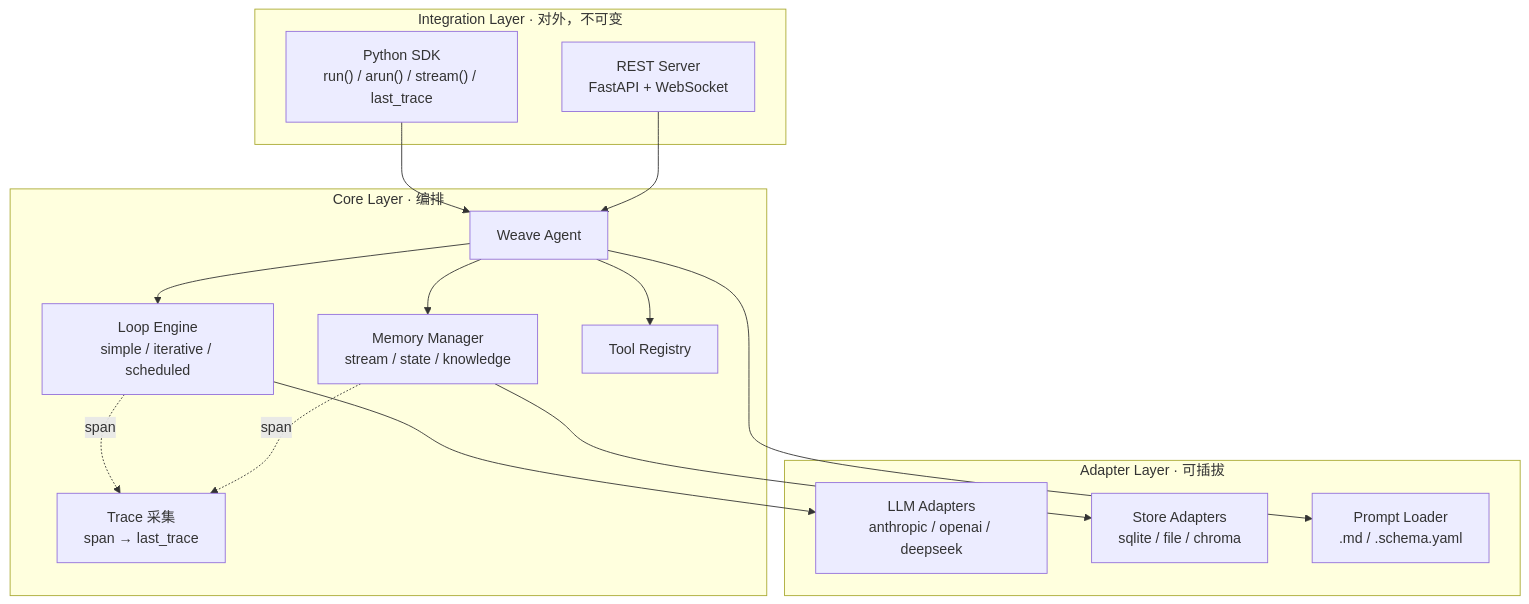
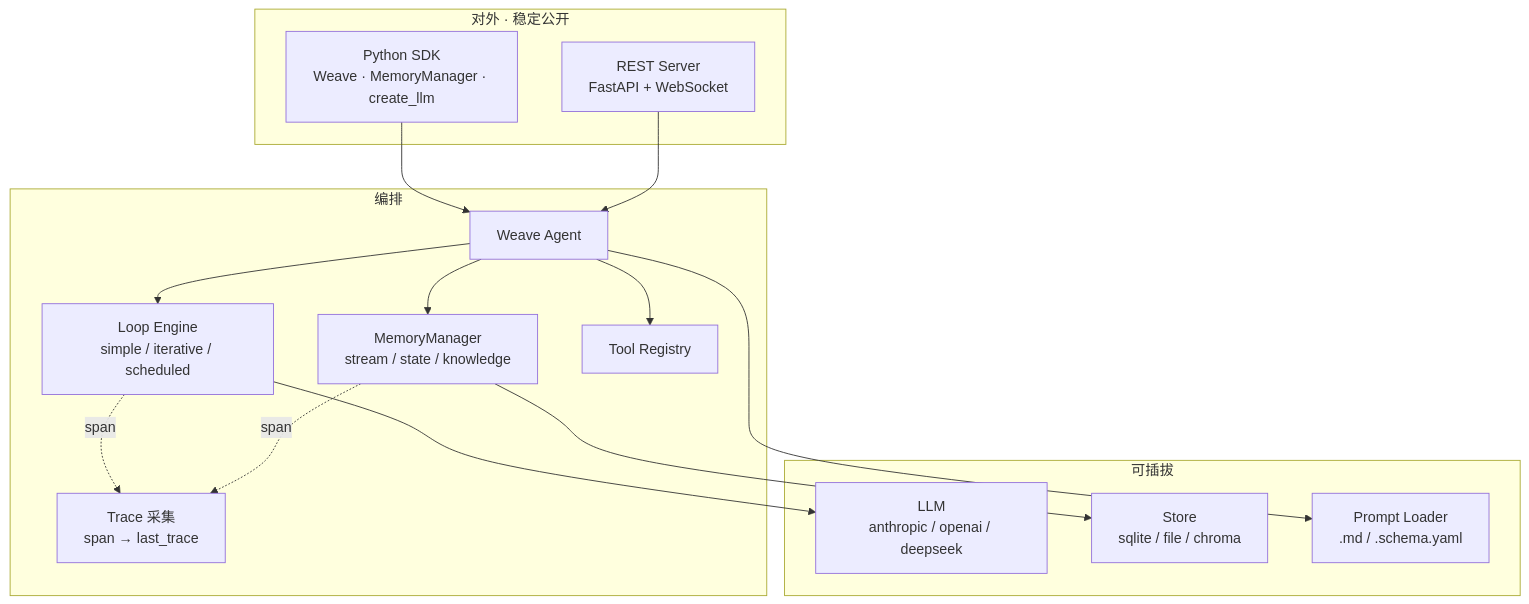
Before and after one commit to Asher0501/Weave: the second of 2 diagrams in README.md, drawn with Mermaid. The commit also changed other lines of this file, not shown here.

````diff
--- a/README.md
+++ b/README.md
@@ -173,32 +164,32 @@
 ```mermaid
 flowchart TB
-    subgraph Integration["Integration Layer · 对外，不可变"]
-        SDK["Python SDK<br/>run() / arun() / stream() / last_trace"]
+    subgraph Integration["对外 · 稳定公开"]
+        SDK["Python SDK<br/>Weave · MemoryManager · create_llm"]
         REST["REST Server<br/>FastAPI + WebSocket"]
     end
 
-    subgraph Core["Core Layer · 编排"]
+    subgraph Core["编排"]
         Agent["Weave Agent"]
         Loop["Loop Engine<br/>simple / iterative / scheduled"]
-        Memory["Memory Manager<br/>stream / state / knowledge"]
+        MemMgr["MemoryManager<br/>stream / state / knowledge"]
         Tools["Tool Registry"]
         Trace["Trace 采集<br/>span → last_trace"]
     end
 
-    subgraph Adapter["Adapter Layer · 可插拔"]
-        LLM["LLM Adapters<br/>anthropic / openai / deepseek"]
-        Store["Store Adapters<br/>sqlite / file / chroma"]
+    subgraph Adapter["可插拔"]
+        LLM["LLM<br/>anthropic / openai / deepseek"]
+        Store["Store<br/>sqlite / file / chroma"]
         Prompt["Prompt Loader<br/>.md / .schema.yaml"]
     end
 
     SDK --> Agent
     REST --> Agent
     Agent --> Loop
-    Agent --> Memory
+    Agent --> MemMgr
     Agent --> Tools
     Loop --> LLM
-    Memory --> Store
+    MemMgr --> Store
     Agent --> Prompt
     Loop -.span.-> Trace
-    Memory -.span.-> Trace
+    MemMgr -.span.-> Trace
 ```
````
